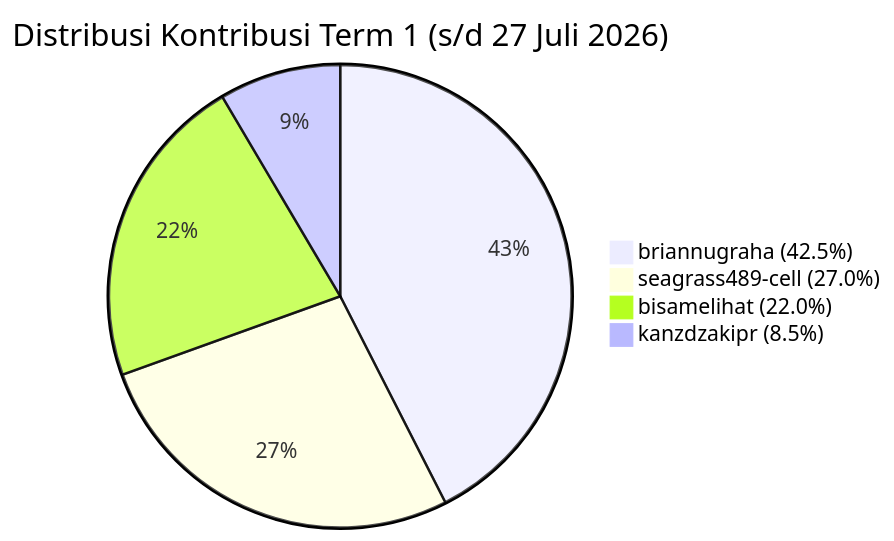
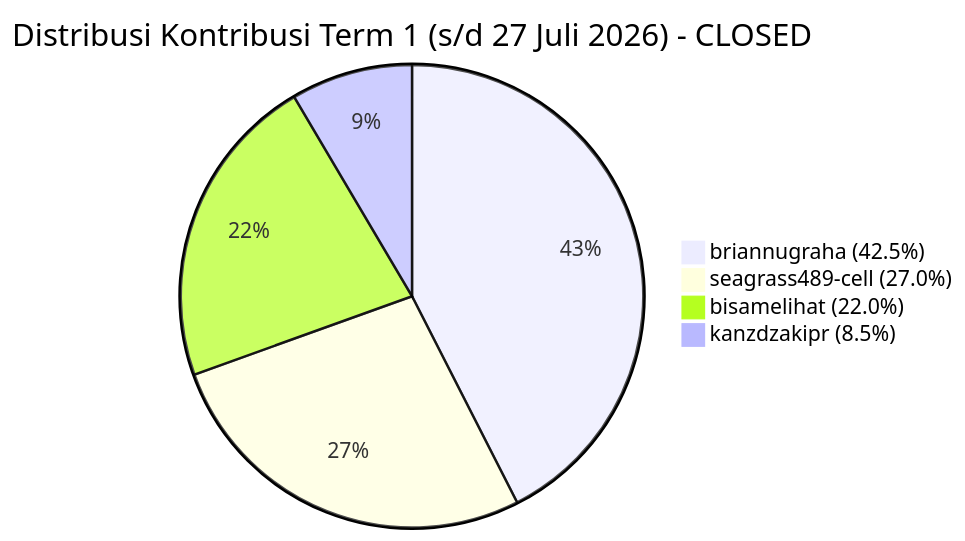
Before and after one commit to kanzdzakipr/ServicePlan-BRA: the second of 3 diagrams in KONTRIBUSI_TIM.md, drawn with Mermaid. The commit also changed other lines of this file, not shown here.

Commit message:
update kontribusi tim per 28 agustus (close term 2)

````diff
--- a/KONTRIBUSI_TIM.md
+++ b/KONTRIBUSI_TIM.md
@@ -85,7 +102,7 @@
 ```mermaid
-pie title Distribusi Kontribusi Term 1 (s/d 27 Juli 2026)
+pie title Distribusi Kontribusi Term 1 (s/d 27 Juli 2026) - CLOSED
     "briannugraha (42.5%)" : 42.5
     "seagrass489-cell (27.0%)" : 27.0
     "bisamelihat (22.0%)" : 22.0
     "kanzdzakipr (8.5%)" : 8.5
 ```
````
